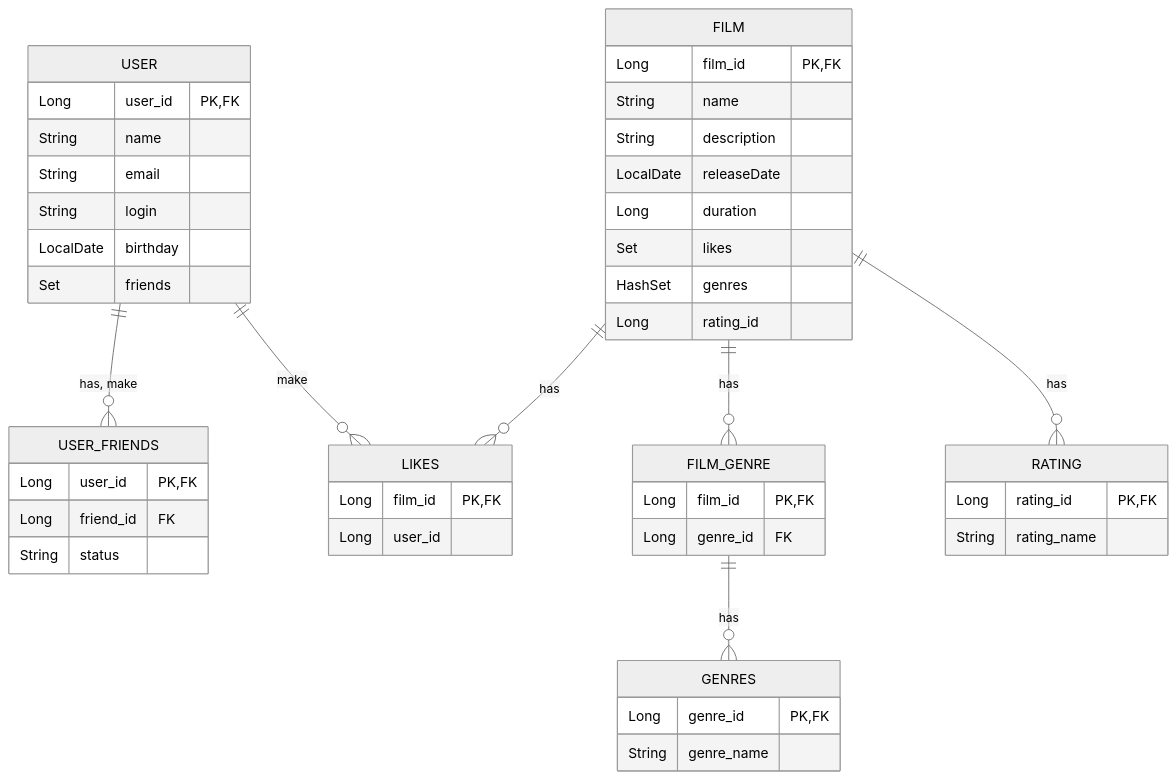
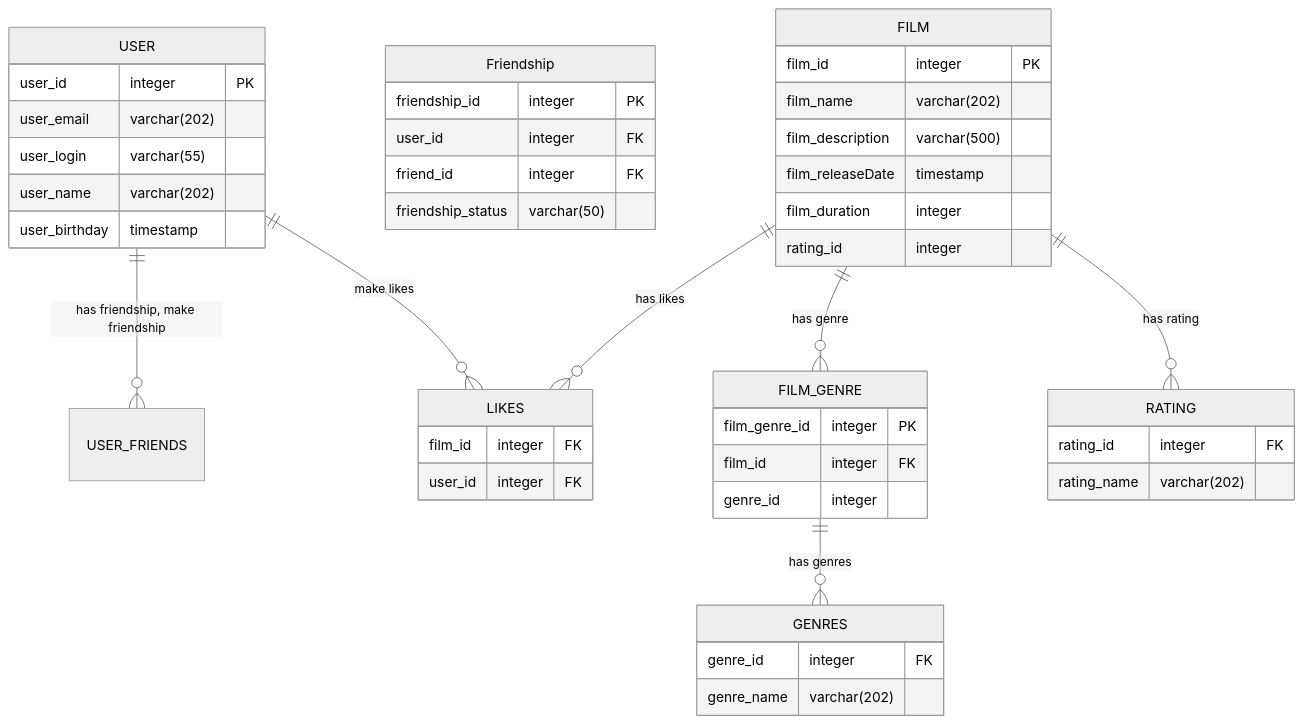
The diagram in README.md (VolchenkoP/java-filmorate), drawn with Mermaid (neutral theme) before and after one commit. The commit also changed other lines of this file, not shown here.

````diff
--- a/README.md
+++ b/README.md
@@ -7,48 +7,47 @@
 ```mermaid
 erDiagram
-    USER || --o{ USER_FRIENDS : "has, make"
-    USER || --o{ LIKES : make
+    USER || --o{ USER_FRIENDS : "has friendship, make friendship"
+    USER || --o{ LIKES : "make likes"
     USER {
-    Long user_id PK, FK
-    String name
-    String email
-    String login
-    LocalDate birthday
-    Set friends
+    user_id integer PK
+    user_email varchar(202)
+    user_login varchar(55)
+    user_name varchar(202)
+    user_birthday timestamp
     }
-    USER_FRIENDS {
-    Long user_id PK, FK
-    Long friend_id FK
-    String status
+    Friendship {
+    friendship_id integer PK    
+    user_id integer FK
+    friend_id integer FK
+    friendship_status varchar(50)
     }
-    FILM || --o{ FILM_GENRE : has
-    FILM || --o{ LIKES : has
-    FILM || --o{ RATING : has
+    FILM || --o{ FILM_GENRE : "has genre"
+    FILM || --o{ LIKES : "has likes"
+    FILM || --o{ RATING : "has rating"
     FILM {
-    Long film_id PK, FK
-    String name
-    String description
-    LocalDate releaseDate
-    Long duration
-    Set likes
-    HashSet genres
-    Long rating_id
+    film_id integer PK
+    film_name varchar(202)
+    film_description varchar(500)
+    film_releaseDate timestamp
+    film_duration integer
+    rating_id integer
     }
-    FILM_GENRE || --o{ GENRES : has
+    FILM_GENRE || --o{ GENRES : "has genres"
     FILM_GENRE {
-    Long film_id PK, FK
-    Long genre_id FK
+    film_genre_id integer PK
+    film_id integer FK
+    genre_id integer
     }
     GENRES {
-    Long genre_id PK, FK
-    String genre_name
+    genre_id integer FK
+    genre_name varchar(202)
     }
     RATING {
-    Long rating_id PK, FK
-    String rating_name
+    rating_id integer FK
+    rating_name varchar(202)
     }
     LIKES {
-    Long film_id PK, FK
-    Long user_id
+    film_id integer FK
+    user_id integer FK
     }
 ```
````
